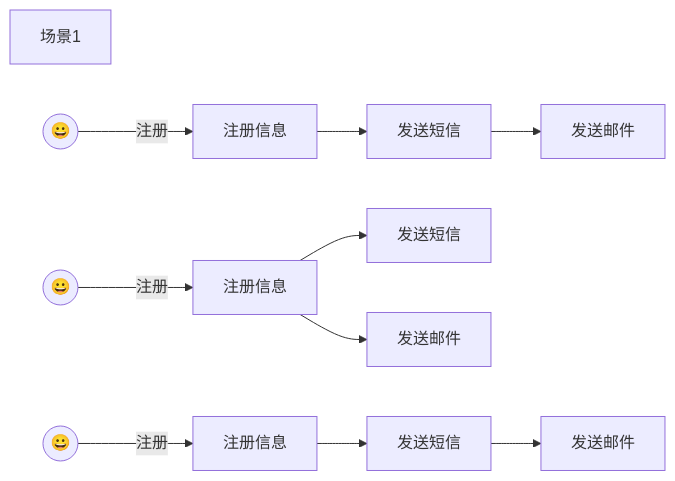
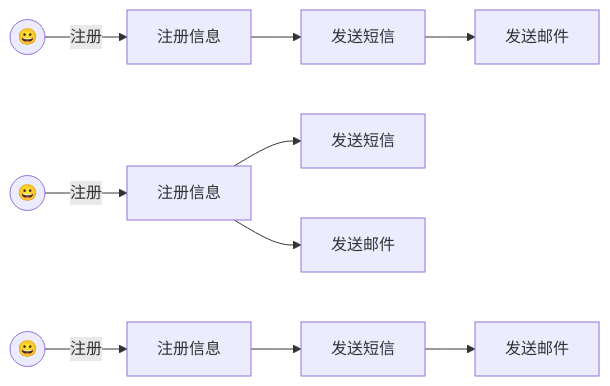
One commit to yukikyu/notes changed the second of 8 diagrams in SpringBoot3全栈体系/03.整合场景.md. Above: the diagram before and after it, drawn with Mermaid. The commit also changed other lines of this file and 3 other files, not shown here.

````diff
--- a/SpringBoot3全栈体系/03.整合场景.md
+++ b/SpringBoot3全栈体系/03.整合场景.md
@@ -192,24 +194,23 @@
 ```mermaid
 flowchart LR
-场景1
 A(("😀"))
 A1[注册信息]
 A2[发送短信]
 A3[发送邮件]
 
 A --注册--> A1 --> A2 --> A3
 
 B(("😀"))
 B1[注册信息]
 B2[发送短信]
 B3[发送邮件]
 
 B --注册--> B1 --> B2
 B1  --> B3
 
 
 C(("😀")) --注册--> 
 C1[注册信息] --> 
 C2[发送短信] --> 
 C3[发送邮件]
 ```
````
